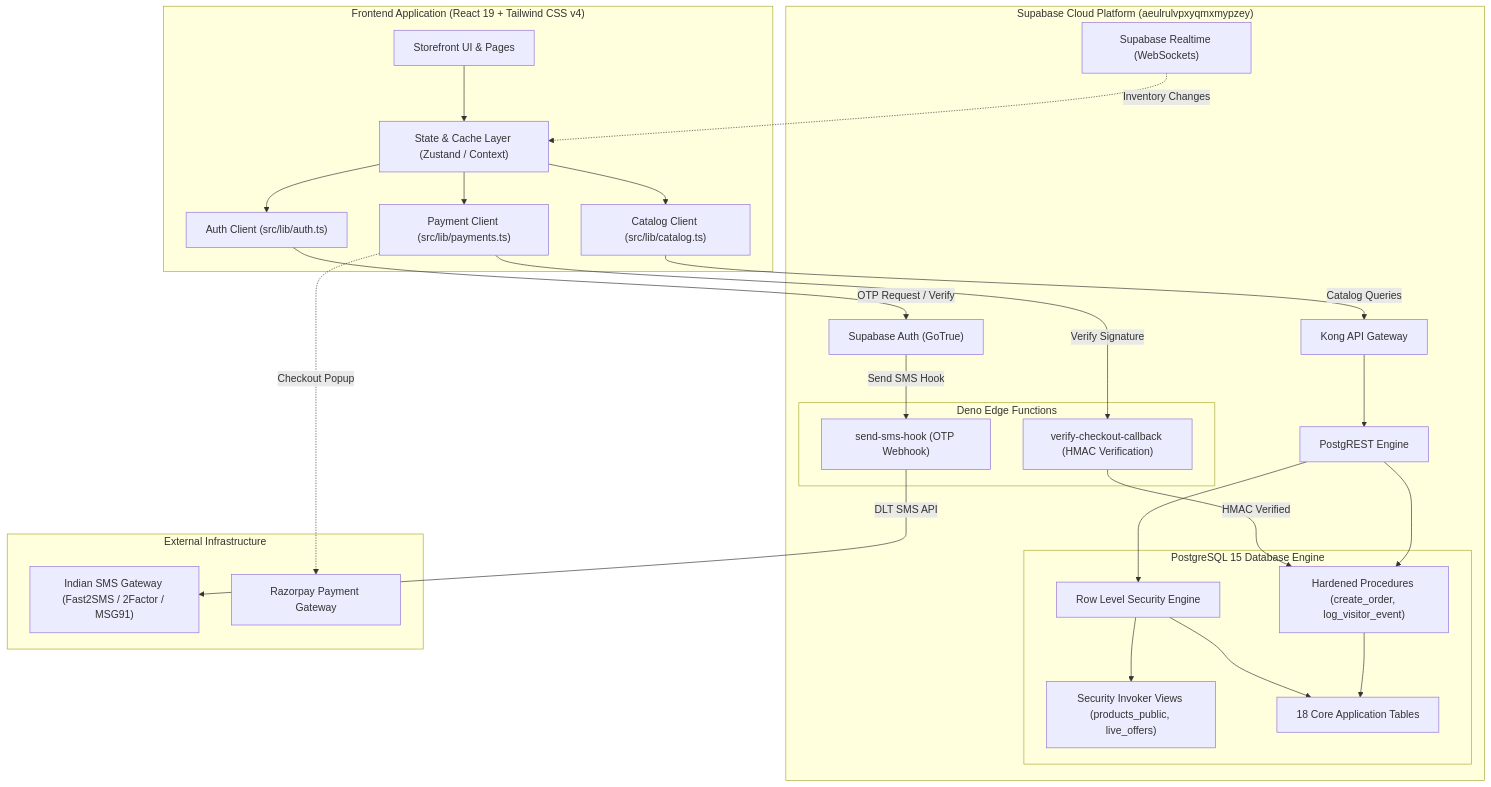
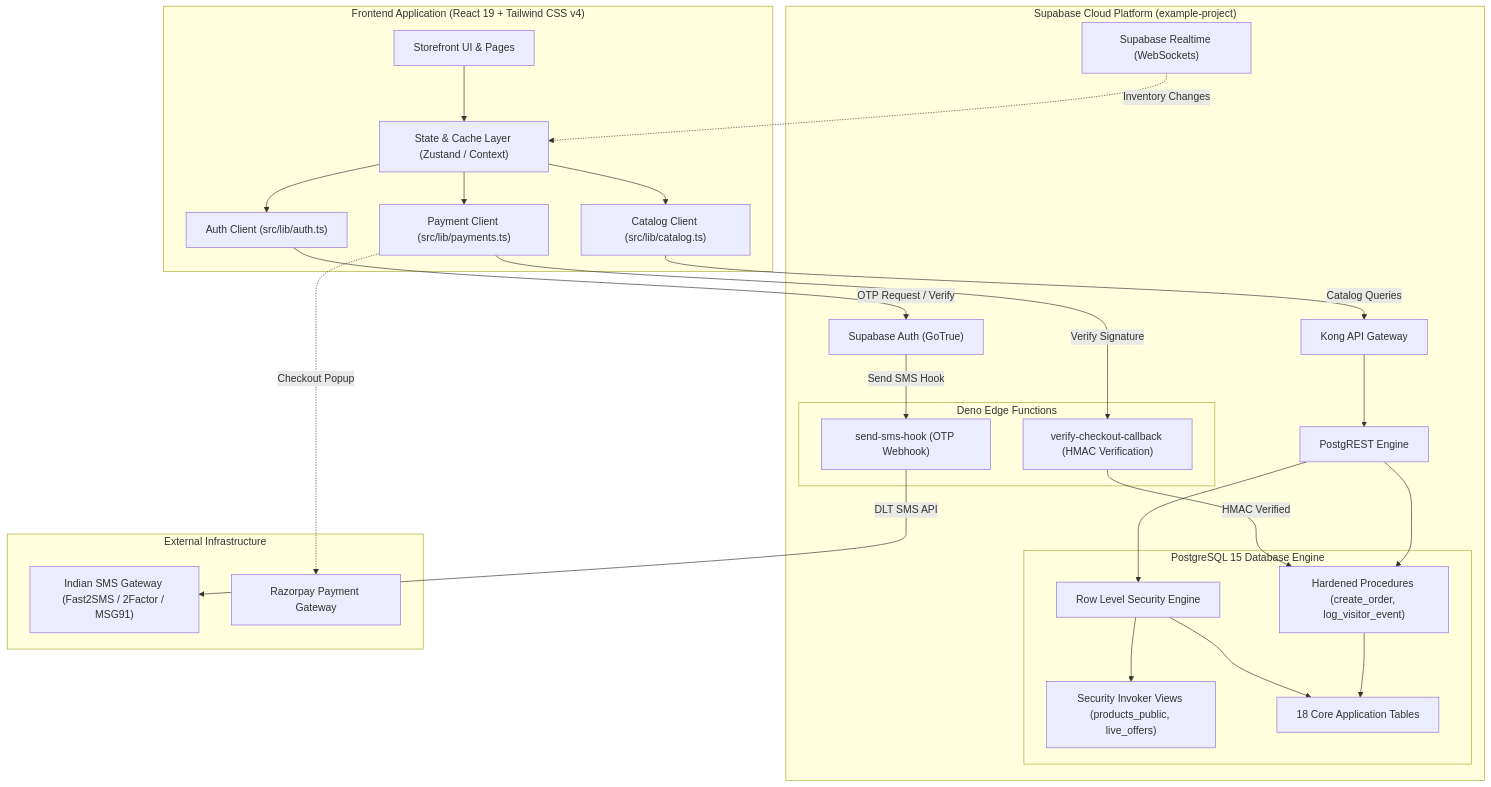
Before and after one commit to shawdi1557/IT-HUB: the first of 2 diagrams in docs/README.md, drawn with Mermaid. The commit also changed other lines of this file and 119 other files, not shown here.

````diff
--- a/docs/README.md
+++ b/docs/README.md
@@ -23,57 +23,57 @@
 ```mermaid
 flowchart TD
     subgraph Client["Frontend Application (React 19 + Tailwind CSS v4)"]
         UI["Storefront UI & Pages"]
         Store["State & Cache Layer (Zustand / Context)"]
         AuthClient["Auth Client (src/lib/auth.ts)"]
         CatalogClient["Catalog Client (src/lib/catalog.ts)"]
         PaymentClient["Payment Client (src/lib/payments.ts)"]
     end
 
-    subgraph SupabasePlatform["Supabase Cloud Platform (aeulrulvpxyqmxmypzey)"]
+    subgraph SupabasePlatform["Supabase Cloud Platform (example-project)"]
         Gateway["Kong API Gateway"]
         GoTrue["Supabase Auth (GoTrue)"]
         PostgREST["PostgREST Engine"]
         Realtime["Supabase Realtime (WebSockets)"]
 
         subgraph EdgeFunctions["Deno Edge Functions"]
             SMSHook["send-sms-hook (OTP Webhook)"]
             PayHook["verify-checkout-callback (HMAC Verification)"]
         end
 
         subgraph PostgresDB["PostgreSQL 15 Database Engine"]
             RLS["Row Level Security Engine"]
             PublicViews["Security Invoker Views (products_public, live_offers)"]
             CoreTables["18 Core Application Tables"]
             RPCs["Hardened Procedures (create_order, log_visitor_event)"]
         end
     end
 
     subgraph ExternalGateways["External Infrastructure"]
         SMS["Indian SMS Gateway (Fast2SMS / 2Factor / MSG91)"]
         Razorpay["Razorpay Payment Gateway"]
     end
 
     UI --> Store
     Store --> AuthClient
     Store --> CatalogClient
     Store --> PaymentClient
 
     AuthClient -->|OTP Request / Verify| GoTrue
     GoTrue -->|Send SMS Hook| SMSHook
     SMSHook -->|DLT SMS API| SMS
 
     CatalogClient -->|Catalog Queries| Gateway
     PaymentClient -->|Verify Signature| PayHook
     PaymentClient -.->|Checkout Popup| Razorpay
     PayHook -->|HMAC Verified| RPCs
 
     Gateway --> PostgREST
     PostgREST --> RLS
     RLS --> PublicViews
     RLS --> CoreTables
     PostgREST --> RPCs
     RPCs --> CoreTables
 
     Realtime -.->|Inventory Changes| Store
 ```
````
